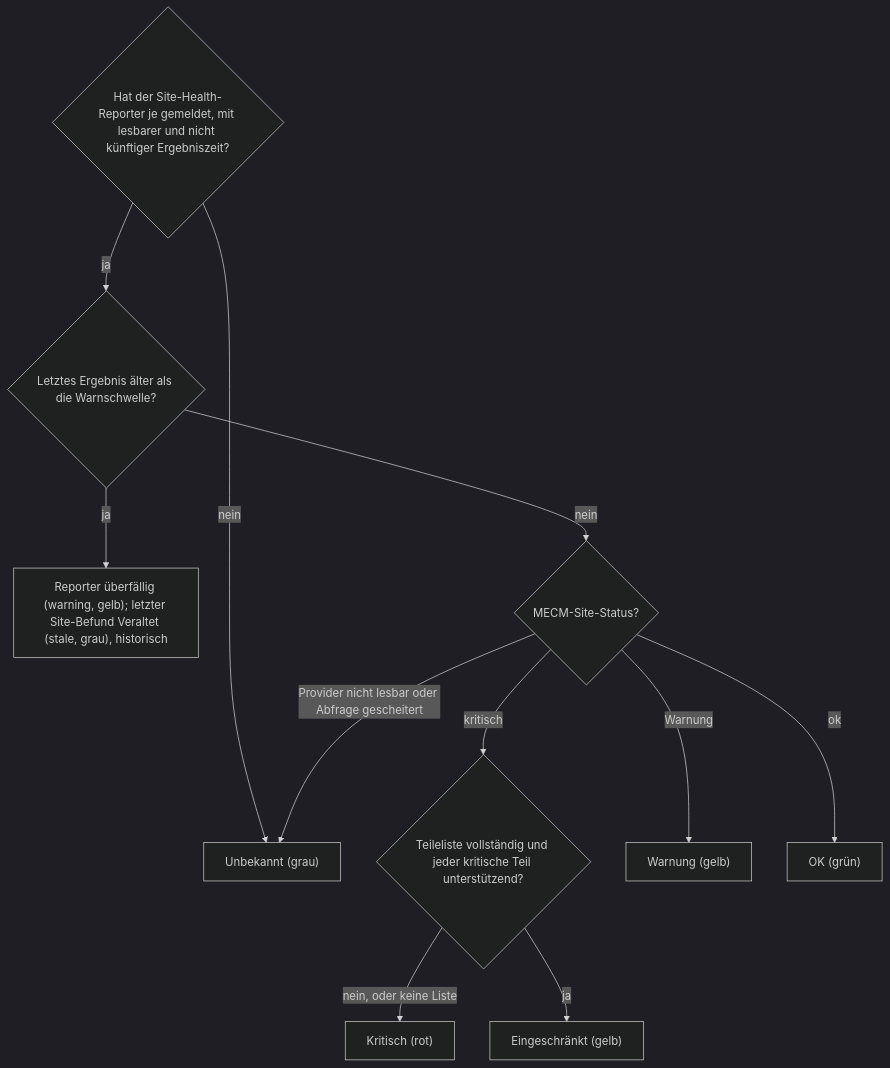
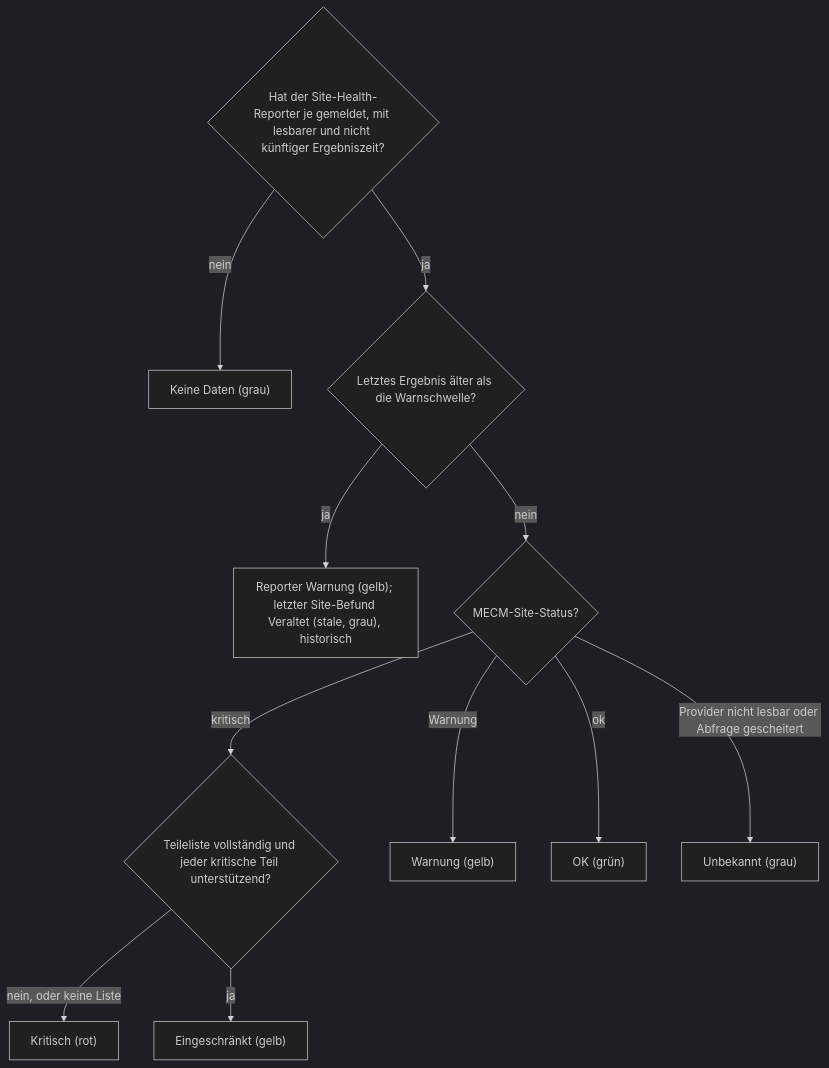
One commit to Samy94M/VirtuSphere-v2-WebApp changed the fifth of 10 diagrams in docs/operations/system-status-checks.md. Above: the diagram before and after it, drawn with Mermaid (dark theme). The commit also changed other lines of this file and 62 other files, not shown here.

````diff
--- a/docs/operations/system-status-checks.md
+++ b/docs/operations/system-status-checks.md
@@ -97,13 +169,13 @@
 ```mermaid
 flowchart TD
-  A{"Hat der Site-Health-Reporter je gemeldet, mit lesbarer und nicht künftiger Ergebniszeit?"} -->|nein| UK["Unbekannt (grau)"]
+  A{"Hat der Site-Health-Reporter je gemeldet, mit lesbarer und nicht künftiger Ergebniszeit?"} -->|nein| UK["Keine Daten (grau)"]
   A -->|ja| S{"Letztes Ergebnis älter als die Warnschwelle?"}
-  S -->|ja| SS["Reporter überfällig (warning, gelb); letzter Site-Befund Veraltet (stale, grau), historisch"]
+  S -->|ja| SS["Reporter Warnung (gelb); letzter Site-Befund Veraltet (stale, grau), historisch"]
   S -->|nein| SC{"MECM-Site-Status?"}
   SC -->|kritisch| PT{"Teileliste vollständig und jeder kritische Teil unterstützend?"}
   PT -->|nein, oder keine Liste| RD["Kritisch (rot)"]
   PT -->|ja| LM["Eingeschränkt (gelb)"]
   SC -->|Warnung| YL["Warnung (gelb)"]
   SC -->|ok| GR["OK (grün)"]
-  SC -->|Provider nicht lesbar oder Abfrage gescheitert| UK
+  SC -->|Provider nicht lesbar oder Abfrage gescheitert| UU["Unbekannt (grau)"]
 ```
````
